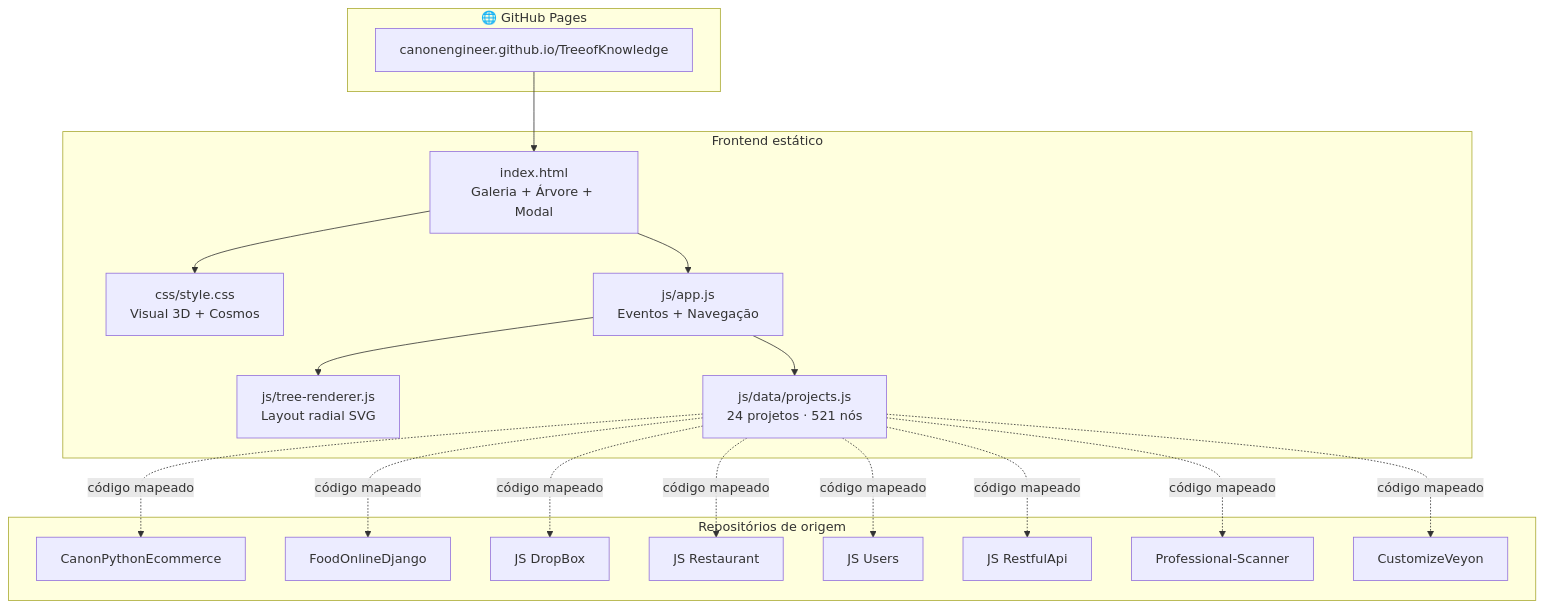
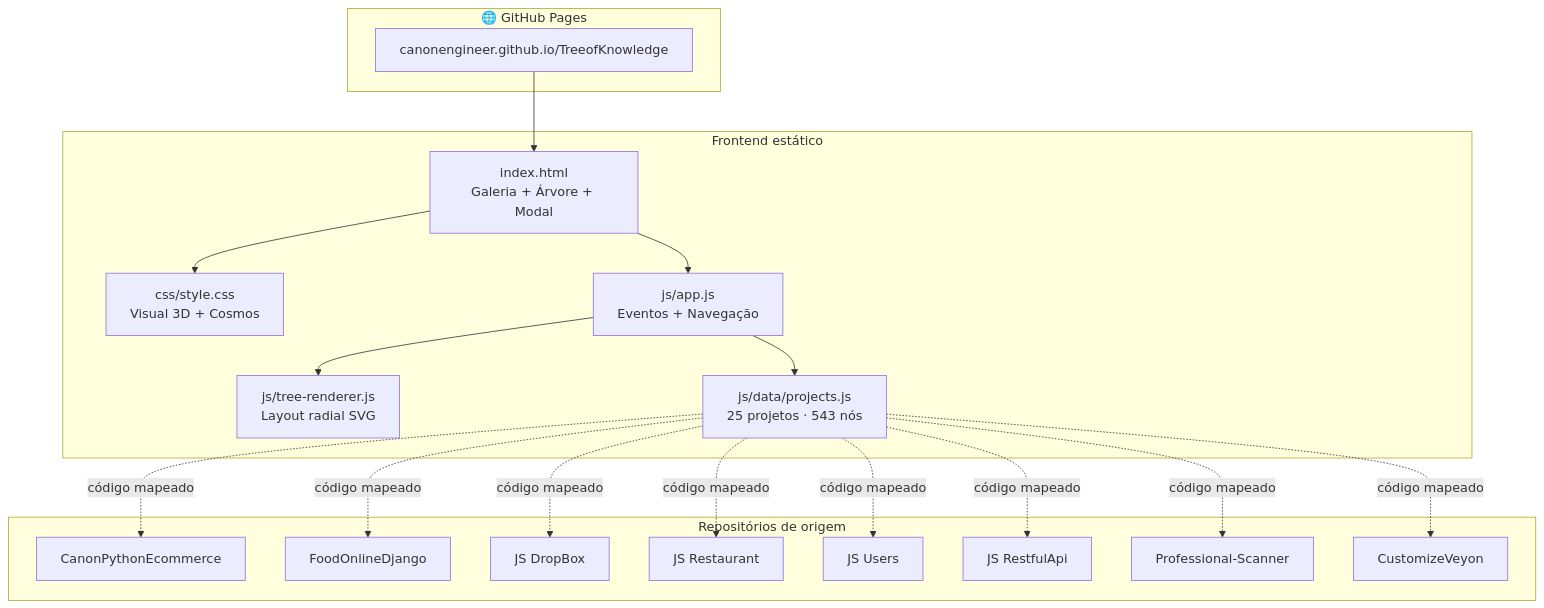
The first of 5 diagrams in README.md (CanonEngineer/TreeofKnowledge), drawn with Mermaid before and after one commit. The commit also changed other lines of this file and 4 other files, not shown here.

````diff
--- a/README.md
+++ b/README.md
@@ -139,39 +140,39 @@
 ```mermaid
 flowchart TB
     subgraph PAGES["🌐 GitHub Pages"]
         URL["canonengineer.github.io/TreeofKnowledge"]
     end
 
     subgraph FRONT["Frontend estático"]
         HTML["index.html<br/>Galeria + Árvore + Modal"]
         CSS["css/style.css<br/>Visual 3D + Cosmos"]
         APP["js/app.js<br/>Eventos + Navegação"]
         RENDER["js/tree-renderer.js<br/>Layout radial SVG"]
-        DATA["js/data/projects.js<br/>24 projetos · 521 nós"]
+        DATA["js/data/projects.js<br/>25 projetos · 543 nós"]
     end
 
     subgraph PROJ["Repositórios de origem"]
         P1["CanonPythonEcommerce"]
         P2["FoodOnlineDjango"]
         P3["JS DropBox"]
         P4["JS Restaurant"]
         P5["JS Users"]
         P6["JS RestfulApi"]
         P7["Professional-Scanner"]
         P8["CustomizeVeyon"]
     end
 
     URL --> HTML
     HTML --> CSS
     HTML --> APP
     APP --> RENDER
     APP --> DATA
     DATA -.->|código mapeado| P1
     DATA -.->|código mapeado| P2
     DATA -.->|código mapeado| P3
     DATA -.->|código mapeado| P4
     DATA -.->|código mapeado| P5
     DATA -.->|código mapeado| P6
     DATA -.->|código mapeado| P7
     DATA -.->|código mapeado| P8
 ```
````
